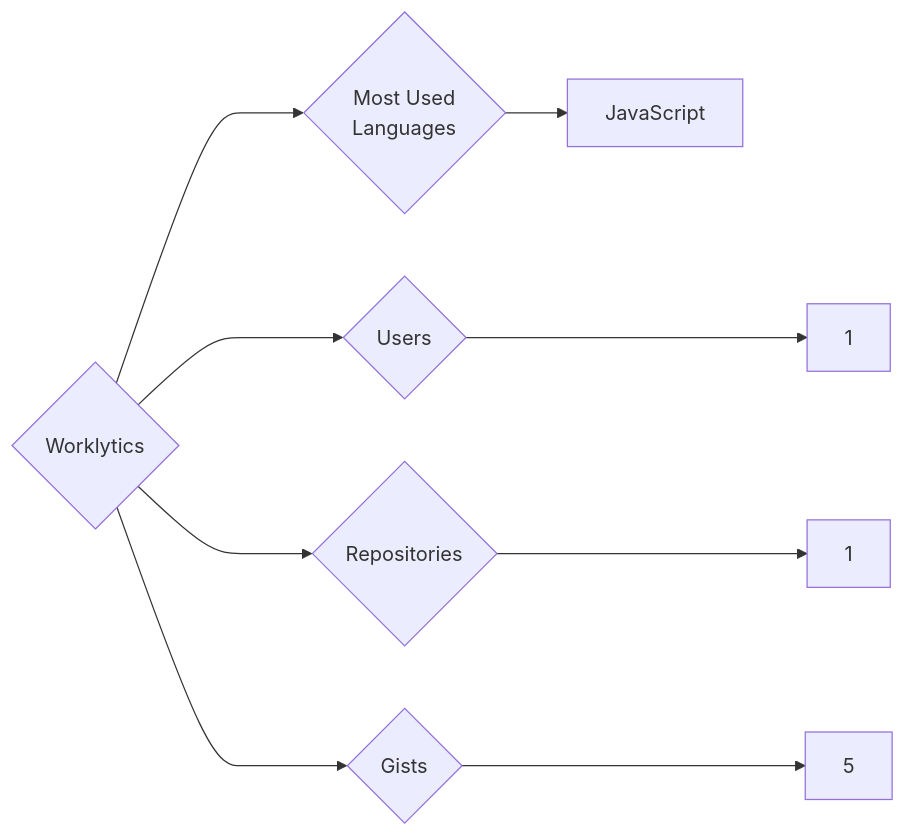
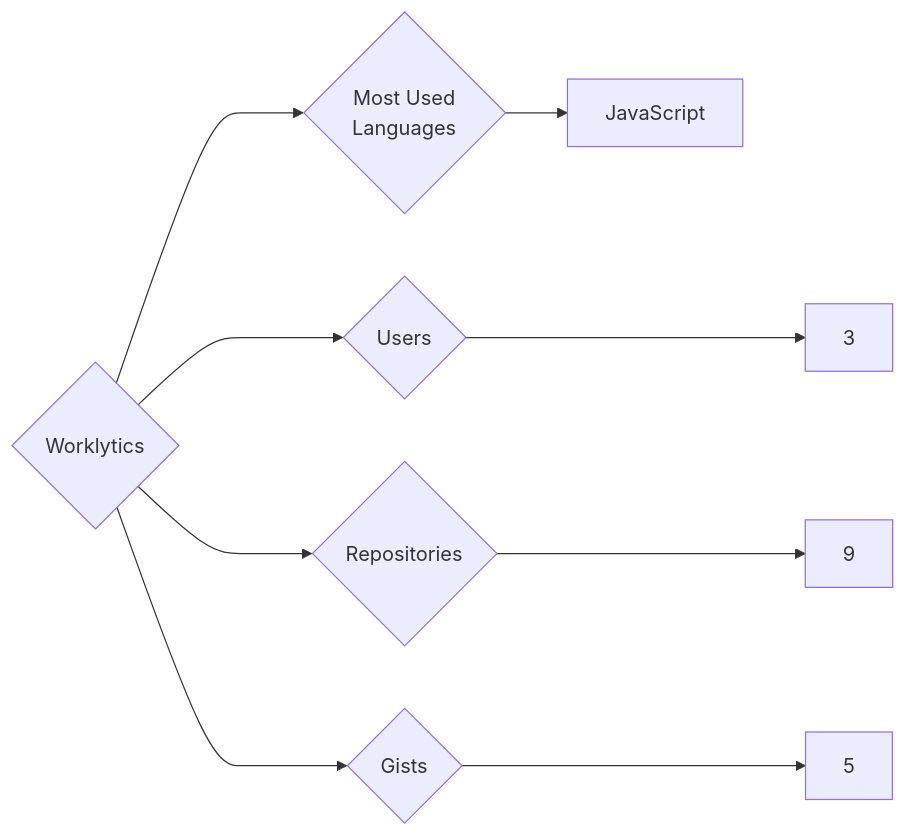
The diagram in targets/Worklytics/README.md (trickest/insiders), drawn with Mermaid before and after one commit. The commit also changed 823 other files, not shown here.

````diff
--- a/targets/Worklytics/README.md
+++ b/targets/Worklytics/README.md
@@ -3,9 +3,9 @@
 ```mermaid
 graph LR
 COMPANY_NAME{Worklytics}
-COMPANY_NAME ---> U{Users} ---> UN[1]
-COMPANY_NAME ---> R{Repositories} ---> RN[1]
+COMPANY_NAME ---> U{Users} ---> UN[3]
+COMPANY_NAME ---> R{Repositories} ---> RN[9]
 COMPANY_NAME ---> G{Gists} ---> GN[5]
 COMPANY_NAME ---> ML{Most Used<br>Languages}
 ML --> JavaScript[JavaScript]
 ```
````
